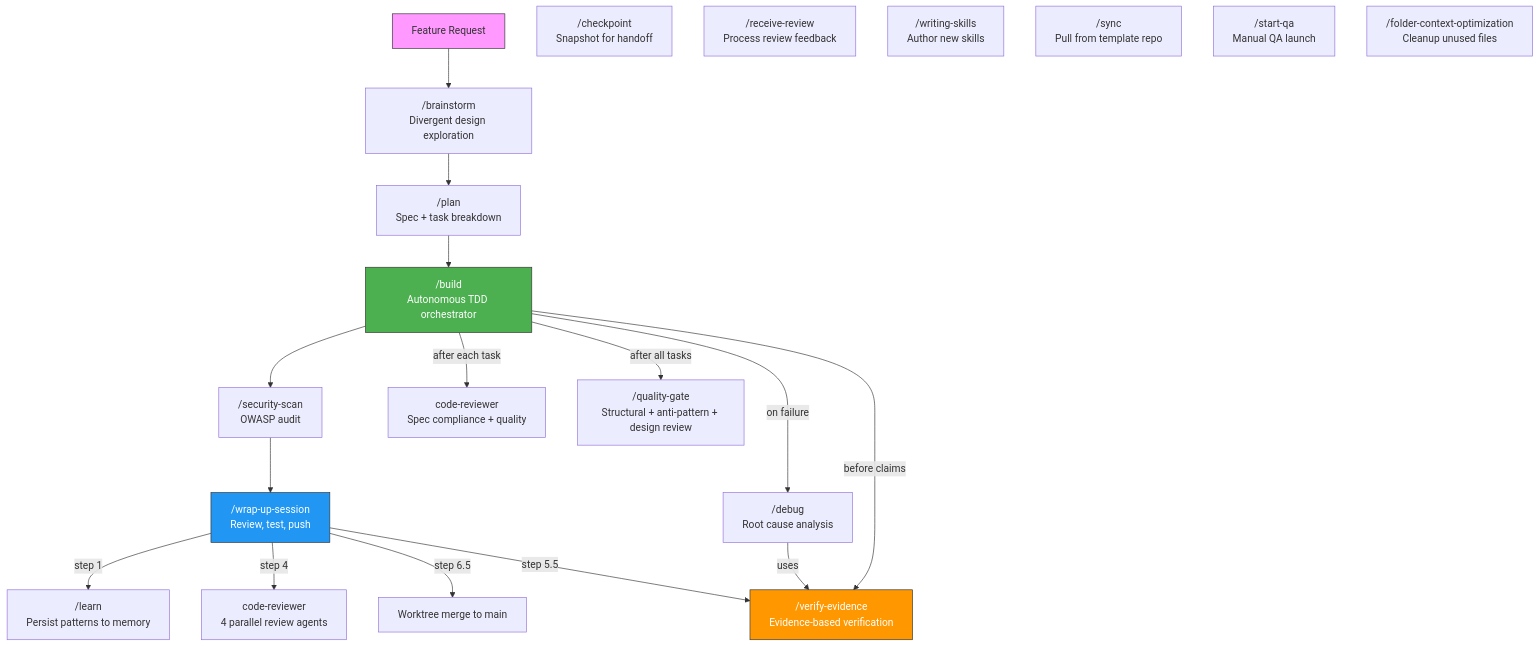
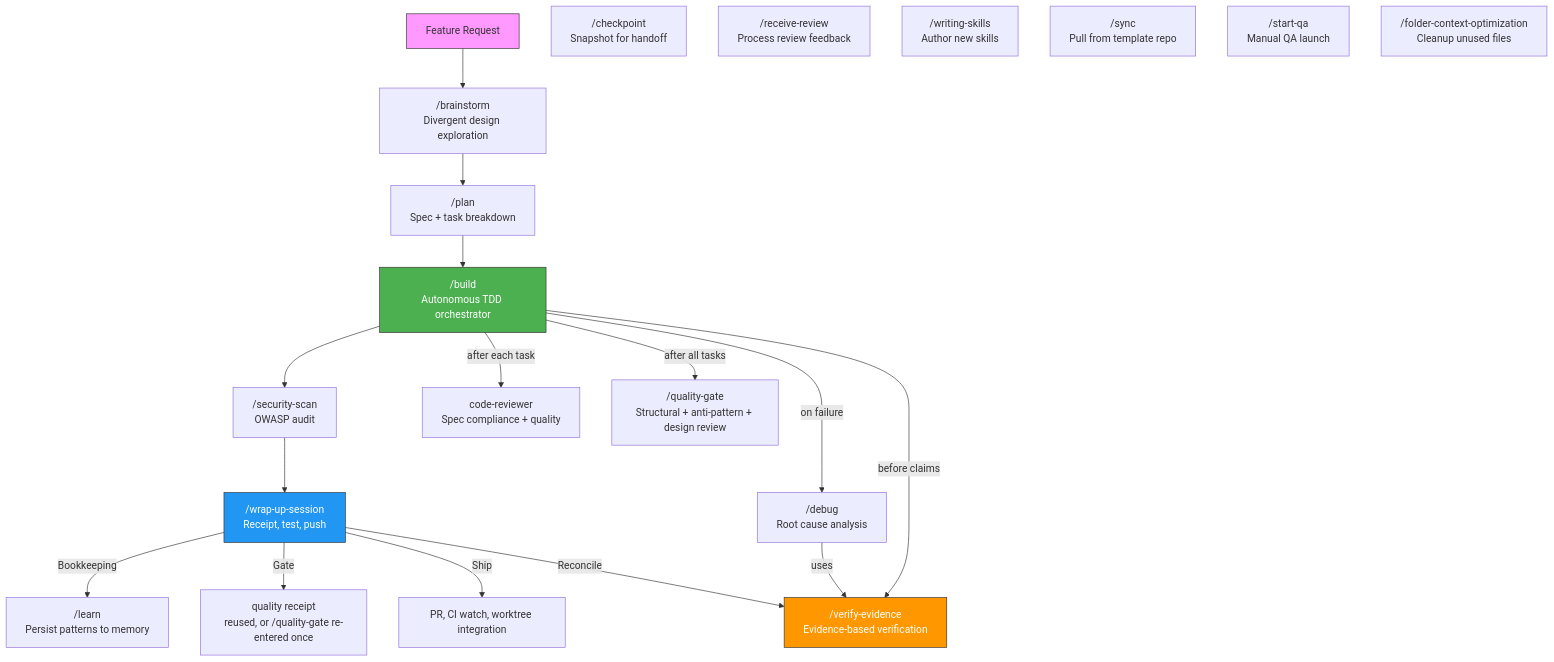
Before and after one commit to Joaovsales/jplugin-agentic-development: the diagram in README.md, drawn with Mermaid. The commit also changed other lines of this file and 45 other files, not shown here.

````diff
--- a/README.md
+++ b/README.md
@@ -230,36 +230,36 @@
 ```mermaid
 flowchart TD
     A[Feature Request] --> B["/brainstorm\nDivergent design exploration"]
     B --> C["/plan\nSpec + task breakdown"]
     C --> D["/build\nAutonomous TDD orchestrator"]
     D --> E["/security-scan\nOWASP audit"]
-    E --> F["/wrap-up-session\nReview, test, push"]
+    E --> F["/wrap-up-session\nReceipt, test, push"]
 
     %% Skills called by /build
     D -->|"after each task"| D2["code-reviewer\nSpec compliance + quality"]
     D -->|"on failure"| D3["/debug\nRoot cause analysis"]
     D -->|"after all tasks"| D4["/quality-gate\nStructural + anti-pattern + design review"]
     D -->|"before claims"| D5["/verify-evidence\nEvidence-based verification"]
 
     %% Skills called by /debug
     D3 -->|"uses"| D5
 
     %% Skills called by /wrap-up-session
-    F -->|"step 1"| F1["/learn\nPersist patterns to memory"]
-    F -->|"step 4"| F2["code-reviewer\n4 parallel review agents"]
-    F -->|"step 5.5"| D5
-    F -->|"step 6.5"| F3["Worktree merge to main"]
+    F -->|"Bookkeeping"| F1["/learn\nPersist patterns to memory"]
+    F -->|"Reconcile"| D5
+    F -->|"Gate"| F2["quality receipt\nreused, or /quality-gate re-entered once"]
+    F -->|"Ship"| F3["PR, CI watch, worktree integration"]
 
     %% Standalone skills
     G["/checkpoint\nSnapshot for handoff"]
     H["/receive-review\nProcess review feedback"]
     I["/writing-skills\nAuthor new skills"]
     J["/sync\nPull from template repo"]
     K["/start-qa\nManual QA launch"]
     L["/folder-context-optimization\nCleanup unused files"]
 
     style A fill:#f9f,stroke:#333
     style D fill:#4CAF50,stroke:#333,color:#fff
     style F fill:#2196F3,stroke:#333,color:#fff
     style D5 fill:#FF9800,stroke:#333,color:#fff
 ```
````
